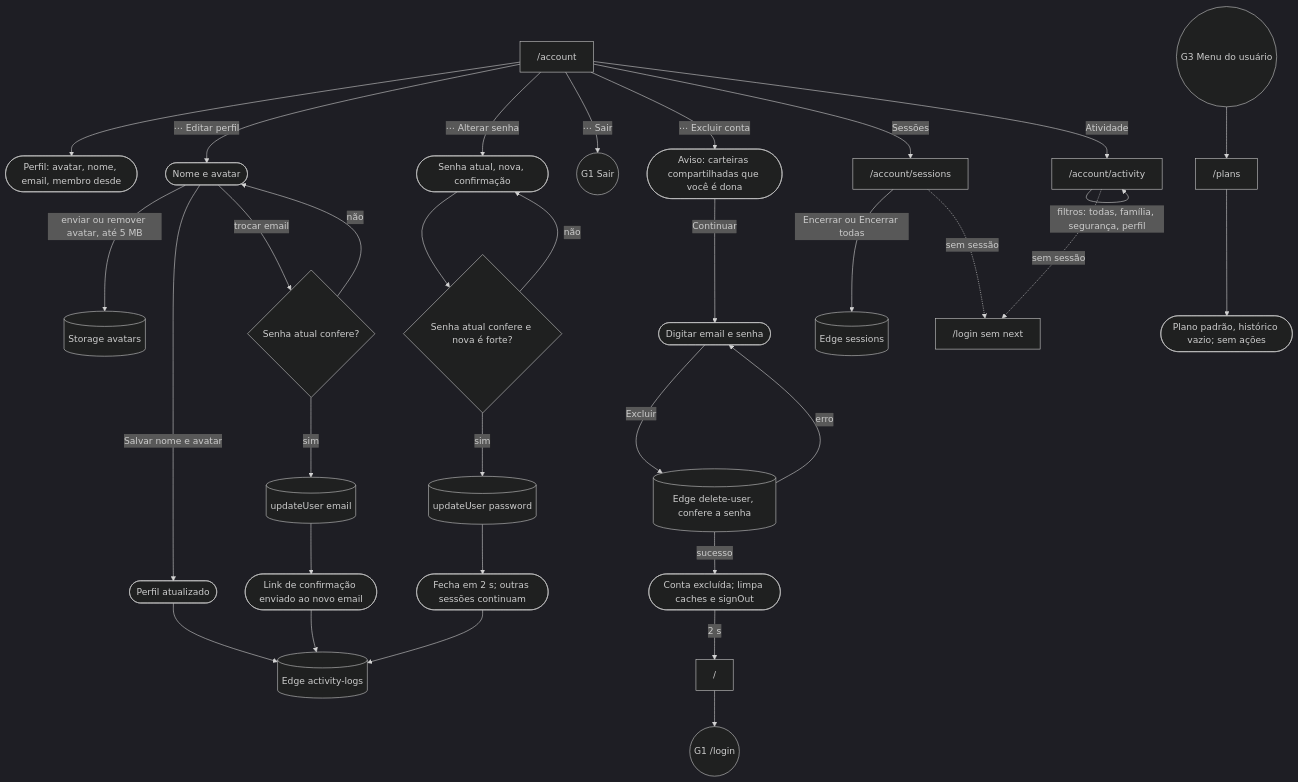
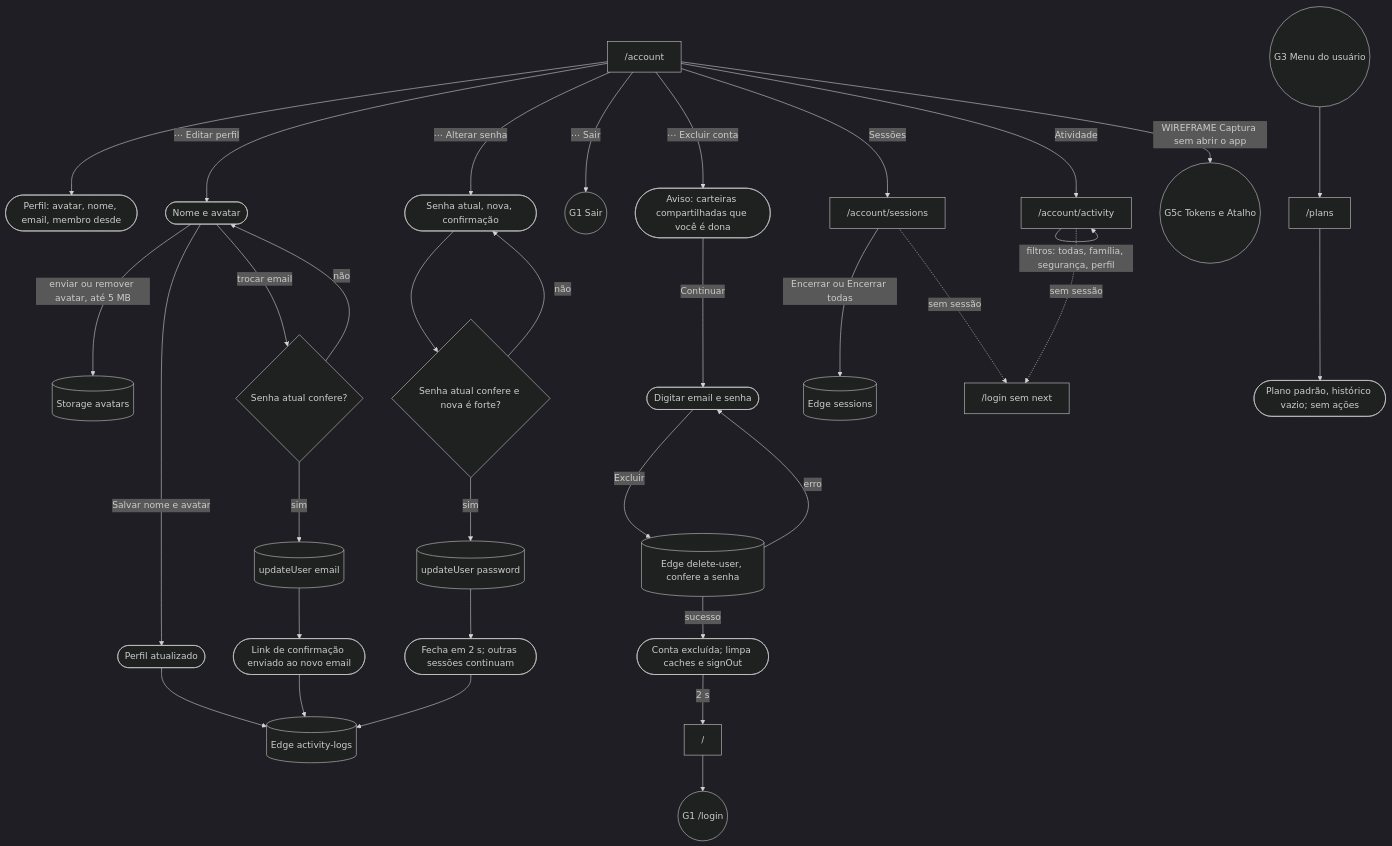
Diagram 15 of 15 in docs/JORNADAS.md (kauax2000/finance_app), drawn with Mermaid before and after one commit. The commit also changed other lines of this file and 4 other files, not shown here.

````diff
--- a/docs/JORNADAS.md
+++ b/docs/JORNADAS.md
@@ -879,36 +965,38 @@
 ```mermaid
 %%{init: {"theme": "dark"}}%%
 flowchart TD
     account["/account"] --> card(["Perfil: avatar, nome, email, membro desde"])
     account -->|"⋯ Editar perfil"| profile(["Nome e avatar"])
     profile -->|"enviar ou remover avatar, até 5 MB"| storage[("Storage avatars")]
     profile -->|"Salvar nome e avatar"| profileOk(["Perfil atualizado"])
     profile -->|"trocar email"| emailPwd{"Senha atual confere?"}
     emailPwd -->|"não"| profile
     emailPwd -->|"sim"| emailUpd[("updateUser email")] --> emailSent(["Link de confirmação enviado ao novo email"])
     profileOk --> log[("Edge activity-logs")]
     emailSent --> log
 
     account -->|"⋯ Alterar senha"| pwd(["Senha atual, nova, confirmação"])
     pwd --> pwdCheck{"Senha atual confere e nova é forte?"}
     pwdCheck -->|"não"| pwd
     pwdCheck -->|"sim"| pwdUpd[("updateUser password")] --> pwdOk(["Fecha em 2 s; outras sessões continuam"])
     pwdOk --> log
 
     account -->|"⋯ Sair"| G1(("G1 Sair"))
     account -->|"⋯ Excluir conta"| warn(["Aviso: carteiras compartilhadas que você é dona"])
     warn -->|"Continuar"| confirmDel(["Digitar email e senha"])
     confirmDel -->|"Excluir"| delUser[("Edge delete-user, confere a senha")]
     delUser -->|"erro"| confirmDel
     delUser -->|"sucesso"| gone(["Conta excluída; limpa caches e signOut"]) -->|"2 s"| root["/"] --> login(("G1 /login"))
 
     account -->|"Sessões"| sessions["/account/sessions"]
     sessions -->|"Encerrar ou Encerrar todas"| sessFn[("Edge sessions")]
     sessions -.->|"sem sessão"| plainLogin["/login sem next"]
     account -->|"Atividade"| activity["/account/activity"]
     activity -->|"filtros: todas, família, segurança, perfil"| activity
     activity -.->|"sem sessão"| plainLogin
 
+    account -->|"WIREFRAME Captura sem abrir o app"| capTok(("G5c Tokens e Atalho"))
+
     userMenu(("G3 Menu do usuário")) --> plans["/plans"]
     plans --> placeholder(["Plano padrão, histórico vazio; sem ações"])
 ```
````
